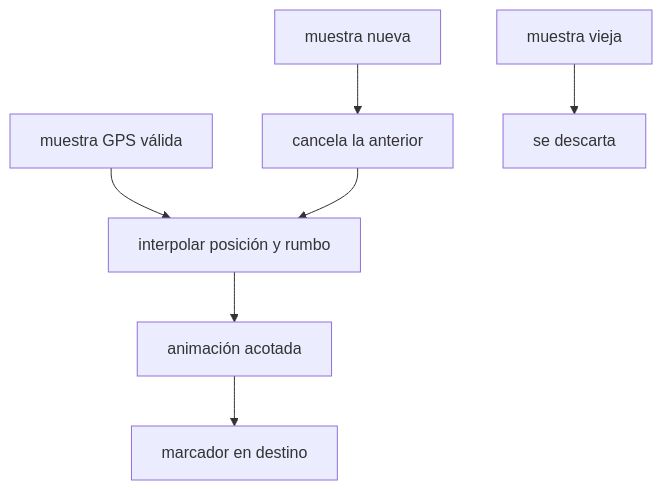
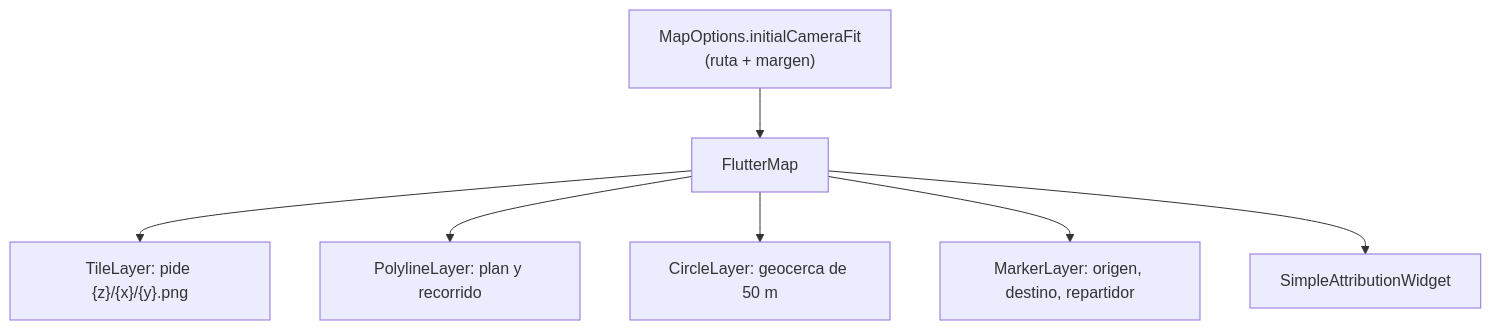
Before and after one commit to NICORUIZ93/The_Imperial_Book: the first of 4 diagrams in web/public/content/flutter/modulo-14.md, drawn with Mermaid. The commit also changed other lines of this file and 6 other files, not shown here.

First line of the commit message:
Flutter M14: mapas, GPS y tiempo real (app real con OpenStreetMap y WebSocket); M11: App Bundle de Android compilado y firmado de verdad

````diff
--- a/web/public/content/flutter/modulo-14.md
+++ b/web/public/content/flutter/modulo-14.md
@@ -231,8 +125,9 @@
 ```mermaid
-flowchart TD
-  A["muestra GPS válida"] --> B["interpolar posición y rumbo"]
-  B --> C["animación acotada"]
-  C --> D["marcador en destino"]
-  E["muestra nueva"] --> F["cancela la anterior"] --> B
-  G["muestra vieja"] --> H["se descarta"]
+flowchart TB
+    C["MapOptions.initialCameraFit<br/>(ruta + margen)"] --> M["FlutterMap"]
+    M --> T["TileLayer: pide {z}/{x}/{y}.png"]
+    M --> P["PolylineLayer: plan y recorrido"]
+    M --> Z["CircleLayer: geocerca de 50 m"]
+    M --> K["MarkerLayer: origen, destino, repartidor"]
+    M --> A["SimpleAttributionWidget"]
 ```
````
